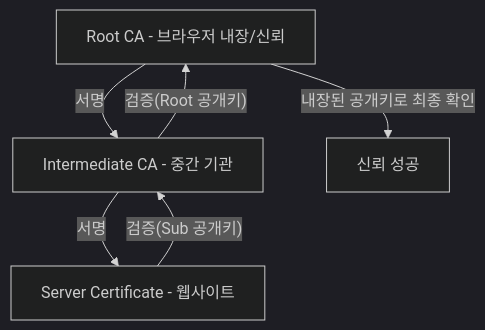
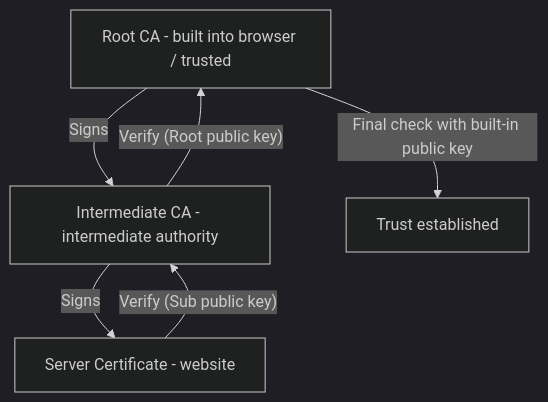
One commit to jeonck/k8s-adv changed the second of 2 diagrams in content/security/01-foundation/18-cert-trust-chain.md. Above: the diagram before and after it, drawn with Mermaid (dark theme). The commit also changed other lines of this file and 223 other files, not shown here.

````diff
--- a/content/security/01-foundation/18-cert-trust-chain.md
+++ b/content/security/01-foundation/18-cert-trust-chain.md
@@ -86,9 +86,9 @@
 ```mermaid
 graph TD
-    Root[Root CA - 브라우저 내장/신뢰] -- 서명 --> Sub[Intermediate CA - 중간 기관]
-    Sub -- 서명 --> Server[Server Certificate - 웹사이트]
+    Root["Root CA - built into browser / trusted"] -- Signs --> Sub["Intermediate CA - intermediate authority"]
+    Sub -- Signs --> Server["Server Certificate - website"]
     
-    Server -- "검증(Sub 공개키)" --> Sub
-    Sub -- "검증(Root 공개키)" --> Root
-    Root -- "내장된 공개키로 최종 확인" --> Result[신뢰 성공]
+    Server -- "Verify (Sub public key)" --> Sub
+    Sub -- "Verify (Root public key)" --> Root
+    Root -- "Final check with built-in public key" --> Result[Trust established]
 ```
````
